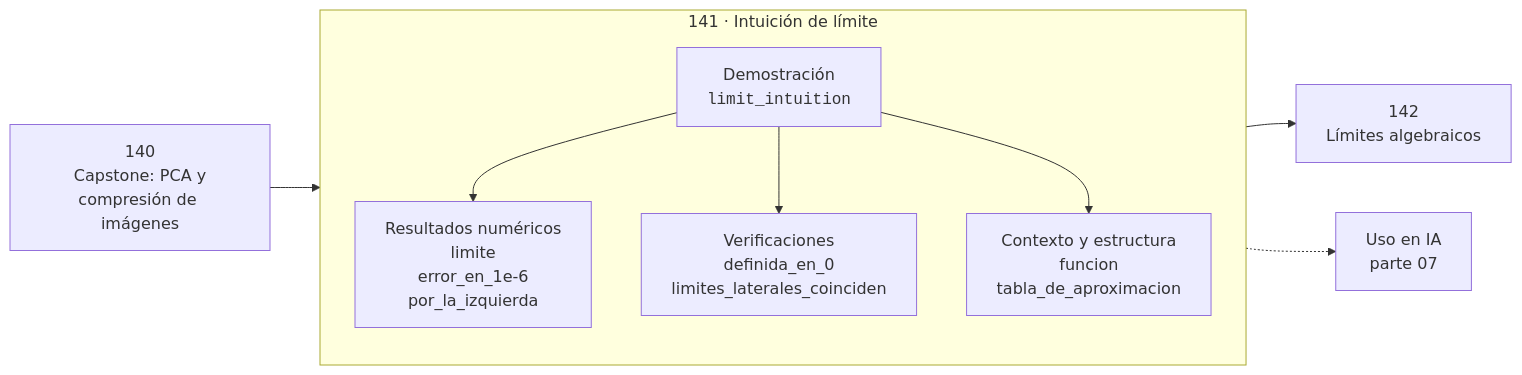
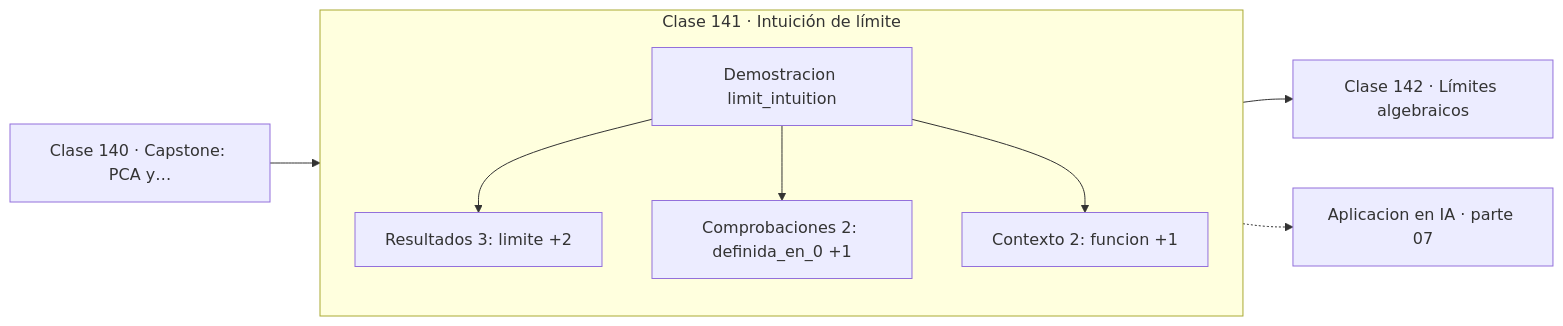
One commit to vladimiracunadev-create/computational-mathematics-program changed the diagram in classes/part-07-calculo-diferencial-e-integral/141-intuicion-de-limite/README.md. Above: the diagram before and after it, drawn with Mermaid. The commit also changed 389 other files, not shown here.

First line of the commit message:
fix(diagramas): elimina el HTML de las etiquetas Mermaid

````diff
--- a/classes/part-07-calculo-diferencial-e-integral/141-intuicion-de-limite/README.md
+++ b/classes/part-07-calculo-diferencial-e-integral/141-intuicion-de-limite/README.md
@@ -30,12 +30,13 @@
 ```mermaid
 flowchart LR
-    P["140<br/>Capstone: PCA y<br/>compresión de imágenes"] --> C
-    subgraph C["141 · Intuición de límite"]
+    P["Clase 140 · Capstone: PCA y…"] --> D
+    subgraph CLASE["Clase 141 · Intuición de límite"]
         direction TB
-        D["Demostración<br/><code>limit_intuition</code>"] --> R["Resultados numéricos<br/>limite<br/>error_en_1e-6<br/>por_la_izquierda"]
-        D --> V["Verificaciones<br/>definida_en_0<br/>limites_laterales_coinciden"]
-        D --> O["Contexto y estructura<br/>funcion<br/>tabla_de_aproximacion"]
+        D["Demostracion limit_intuition"]
+        D --> R["Resultados 3: limite +2"]
+        D --> V["Comprobaciones 2: definida_en_0 +1"]
+        D --> O["Contexto 2: funcion +1"]
     end
-    C --> N["142<br/>Límites algebraicos"]
-    C -.-> IA["Uso en IA<br/>parte 07"]
+    R --> N["Clase 142 · Límites algebraicos"]
+    V -.-> IA["Aplicacion en IA · parte 07"]
 ```
````
